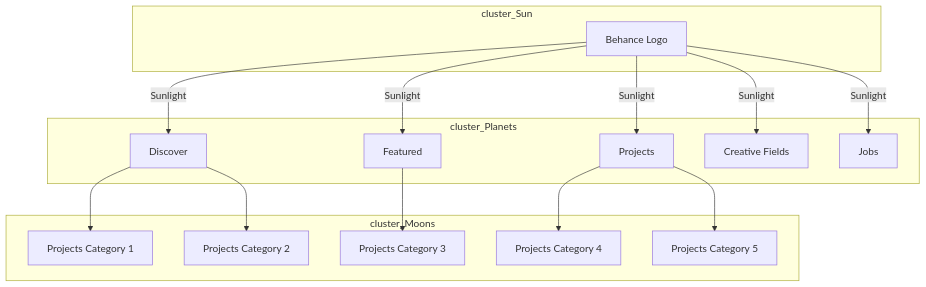
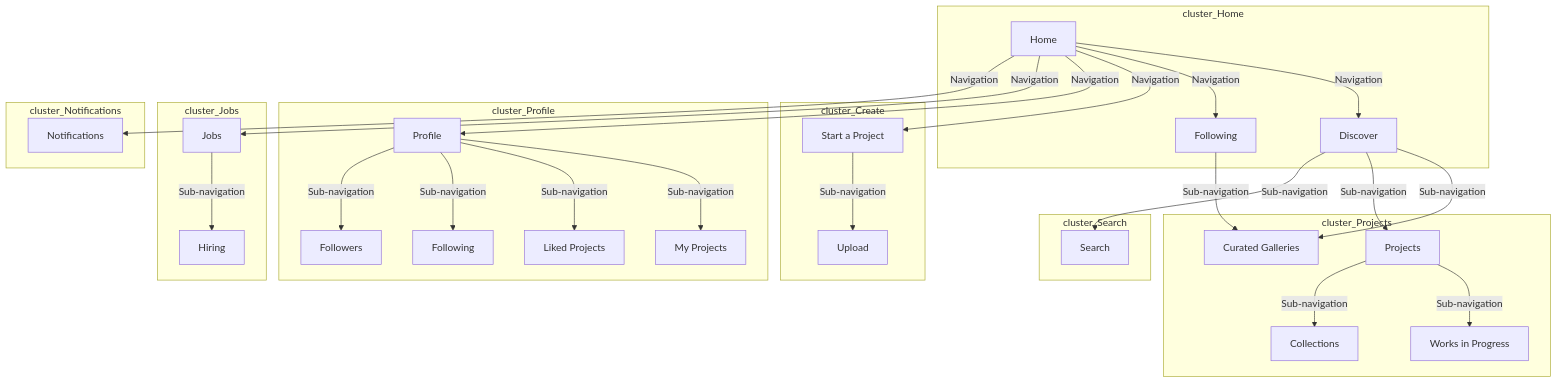
The diagram in README.md (Yarema91/Blockscheme-), drawn with Mermaid before and after one commit.

````diff
--- a/README.md
+++ b/README.md
@@ -3,37 +3,63 @@
 ```mermaid
+graph TD;
 
-graph TB;
-
-subgraph cluster_Sun
-  A[Behance Logo]
+subgraph cluster_Home
+  A[Home]
+  B[Discover]
+  C[Following]
 end
 
-subgraph cluster_Planets
-  B[Discover]
-  C[Featured]
+subgraph cluster_Projects
   D[Projects]
-  E[Creative Fields]
-  F[Jobs]
+  E[Works in Progress]
+  F[Collections]
+  G[Curated Galleries]
 end
 
-subgraph cluster_Moons
-  G[Projects Category 1]
-  H[Projects Category 2]
-  I[Projects Category 3]
-  J[Projects Category 4]
-  K[Projects Category 5]
+subgraph cluster_Create
+  H[Start a Project]
+  I[Upload]
 end
 
-A -->|Sunlight| B;
-A -->|Sunlight| C;
-A -->|Sunlight| D;
-A -->|Sunlight| E;
-A -->|Sunlight| F;
+subgraph cluster_Profile
+  J[Profile]
+  K[My Projects]
+  L[Liked Projects]
+  M[Following]
+  N[Followers]
+end
 
-B --> G;
-B --> H;
-C --> I;
-D --> J;
-D --> K;
+subgraph cluster_Jobs
+  O[Jobs]
+  P[Hiring]
+end
+
+subgraph cluster_Notifications
+  Q[Notifications]
+end
+
+subgraph cluster_Search
+  R[Search]
+end
+
+A -->|Navigation| B;
+A -->|Navigation| C;
+B -->|Sub-navigation| G;
+B -->|Sub-navigation| D;
+D -->|Sub-navigation| E;
+D -->|Sub-navigation| F;
+C -->|Sub-navigation| G;
+B -->|Sub-navigation| R;
+A -->|Navigation| H;
+H -->|Sub-navigation| I;
+A -->|Navigation| J;
+J -->|Sub-navigation| K;
+J -->|Sub-navigation| L;
+J -->|Sub-navigation| M;
+J -->|Sub-navigation| N;
+A -->|Navigation| O;
+O -->|Sub-navigation| P;
+A -->|Navigation| Q;
+
 
 ```
````
